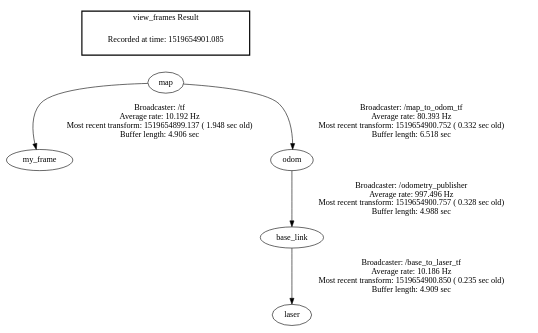
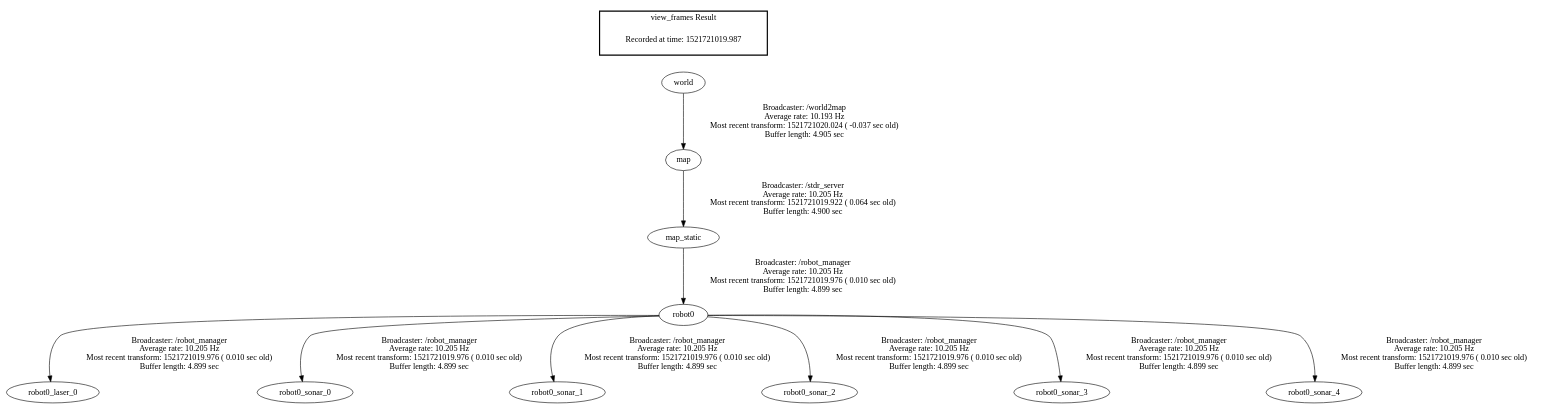
One commit to godicked/catkin_ws changed the diagram in src/frames.gv. Above: the diagram before and after it, drawn with Graphviz. The commit also changed 18 other files, not shown here.

```diff
--- a/src/frames.gv
+++ b/src/frames.gv
@@ -1,10 +1,15 @@
 digraph G {
-"map" -> "my_frame"[label="Broadcaster: /tf\nAverage rate: 10.192 Hz\nMost recent transform: 1519654899.137 ( 1.948 sec old)\nBuffer length: 4.906 sec\n"];
-"map" -> "odom"[label="Broadcaster: /map_to_odom_tf\nAverage rate: 80.393 Hz\nMost recent transform: 1519654900.752 ( 0.332 sec old)\nBuffer length: 6.518 sec\n"];
-"odom" -> "base_link"[label="Broadcaster: /odometry_publisher\nAverage rate: 997.496 Hz\nMost recent transform: 1519654900.757 ( 0.328 sec old)\nBuffer length: 4.988 sec\n"];
-"base_link" -> "laser"[label="Broadcaster: /base_to_laser_tf\nAverage rate: 10.186 Hz\nMost recent transform: 1519654900.850 ( 0.235 sec old)\nBuffer length: 4.909 sec\n"];
+"world" -> "map"[label="Broadcaster: /world2map\nAverage rate: 10.193 Hz\nMost recent transform: 1521721020.024 ( -0.037 sec old)\nBuffer length: 4.905 sec\n"];
+"map" -> "map_static"[label="Broadcaster: /stdr_server\nAverage rate: 10.205 Hz\nMost recent transform: 1521721019.922 ( 0.064 sec old)\nBuffer length: 4.900 sec\n"];
+"map_static" -> "robot0"[label="Broadcaster: /robot_manager\nAverage rate: 10.205 Hz\nMost recent transform: 1521721019.976 ( 0.010 sec old)\nBuffer length: 4.899 sec\n"];
+"robot0" -> "robot0_laser_0"[label="Broadcaster: /robot_manager\nAverage rate: 10.205 Hz\nMost recent transform: 1521721019.976 ( 0.010 sec old)\nBuffer length: 4.899 sec\n"];
+"robot0" -> "robot0_sonar_0"[label="Broadcaster: /robot_manager\nAverage rate: 10.205 Hz\nMost recent transform: 1521721019.976 ( 0.010 sec old)\nBuffer length: 4.899 sec\n"];
+"robot0" -> "robot0_sonar_1"[label="Broadcaster: /robot_manager\nAverage rate: 10.205 Hz\nMost recent transform: 1521721019.976 ( 0.010 sec old)\nBuffer length: 4.899 sec\n"];
+"robot0" -> "robot0_sonar_2"[label="Broadcaster: /robot_manager\nAverage rate: 10.205 Hz\nMost recent transform: 1521721019.976 ( 0.010 sec old)\nBuffer length: 4.899 sec\n"];
+"robot0" -> "robot0_sonar_3"[label="Broadcaster: /robot_manager\nAverage rate: 10.205 Hz\nMost recent transform: 1521721019.976 ( 0.010 sec old)\nBuffer length: 4.899 sec\n"];
+"robot0" -> "robot0_sonar_4"[label="Broadcaster: /robot_manager\nAverage rate: 10.205 Hz\nMost recent transform: 1521721019.976 ( 0.010 sec old)\nBuffer length: 4.899 sec\n"];
 edge [style=invis];
  subgraph cluster_legend { style=bold; color=black; label ="view_frames Result";
-"Recorded at time: 1519654901.085"[ shape=plaintext ] ;
- }->"map";
+"Recorded at time: 1521721019.987"[ shape=plaintext ] ;
+ }->"world";
 }
```
